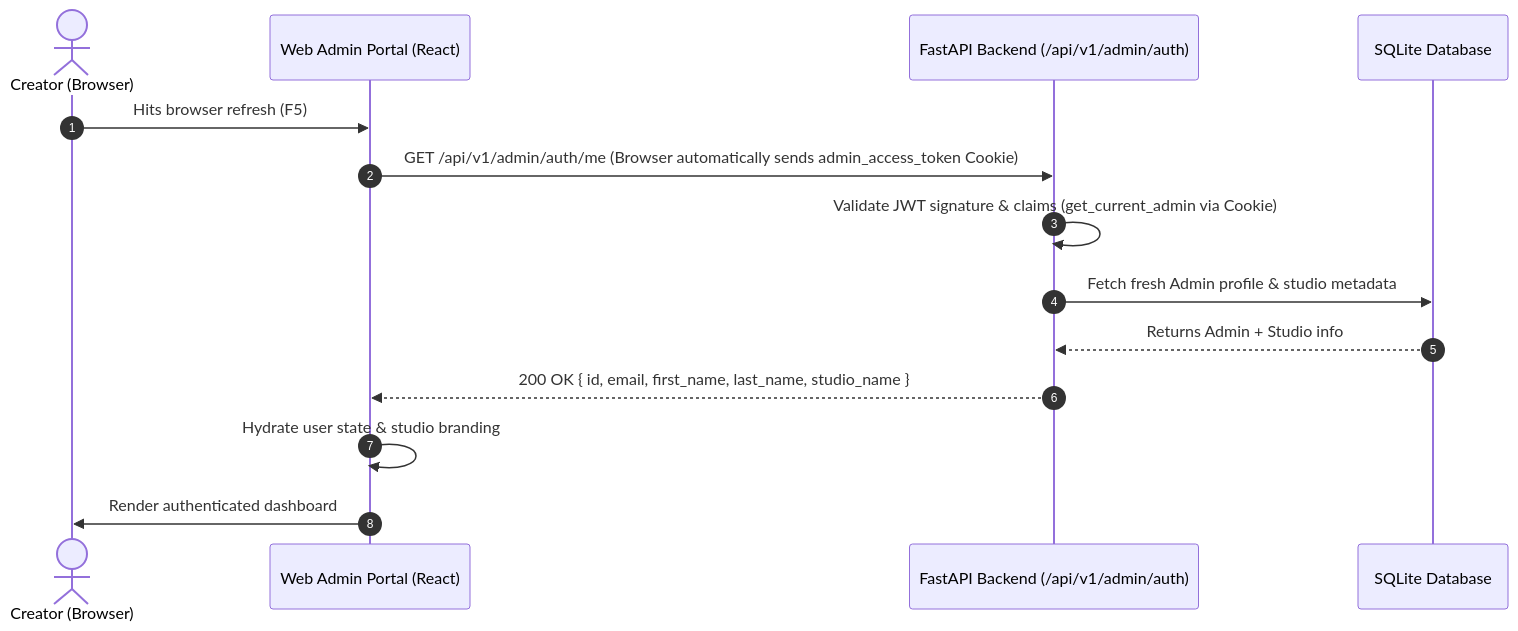
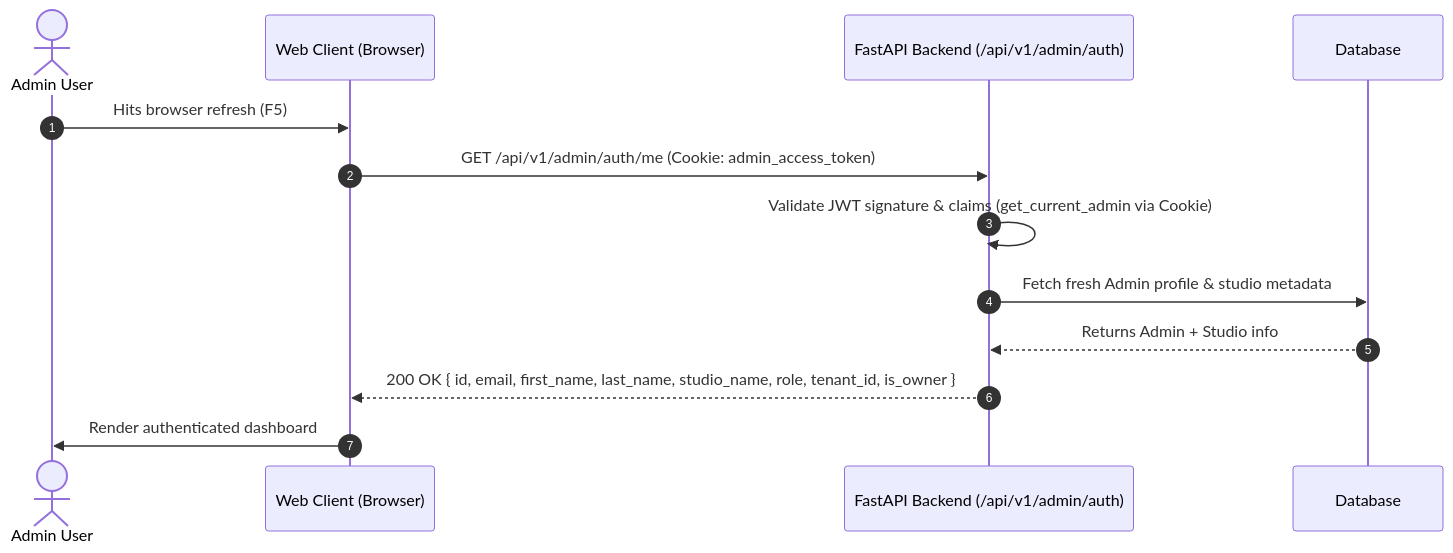
The second of 2 diagrams in docs/admin/admin_authentication_api_specification.md (TalentSea/content-talent-backend), drawn with Mermaid before and after one commit. The commit also changed other lines of this file and 121 other files, not shown here.

````diff
--- a/docs/admin/admin_authentication_api_specification.md
+++ b/docs/admin/admin_authentication_api_specification.md
@@ -646,17 +753,16 @@
 ```mermaid
 sequenceDiagram
     autonumber
-    actor Creator as Creator (Browser)
-    participant SPA as Web Admin Portal (React)
+    actor User as Admin User
+    participant Client as Web Client (Browser)
     participant API as FastAPI Backend (/api/v1/admin/auth)
-    participant DB as SQLite Database
+    participant DB as Database
 
-    Creator->>SPA: Hits browser refresh (F5)
-    SPA->>API: GET /api/v1/admin/auth/me (Browser automatically sends admin_access_token Cookie)
+    User->>Client: Hits browser refresh (F5)
+    Client->>API: GET /api/v1/admin/auth/me (Cookie: admin_access_token)
     API->>API: Validate JWT signature & claims (get_current_admin via Cookie)
     API->>DB: Fetch fresh Admin profile & studio metadata
     DB-->>API: Returns Admin + Studio info
-    API-->>SPA: 200 OK { id, email, first_name, last_name, studio_name }
-    SPA->>SPA: Hydrate user state & studio branding
-    SPA->>Creator: Render authenticated dashboard
+    API-->>Client: 200 OK { id, email, first_name, last_name, studio_name, role, tenant_id, is_owner }
+    Client->>User: Render authenticated dashboard
 ```
````
